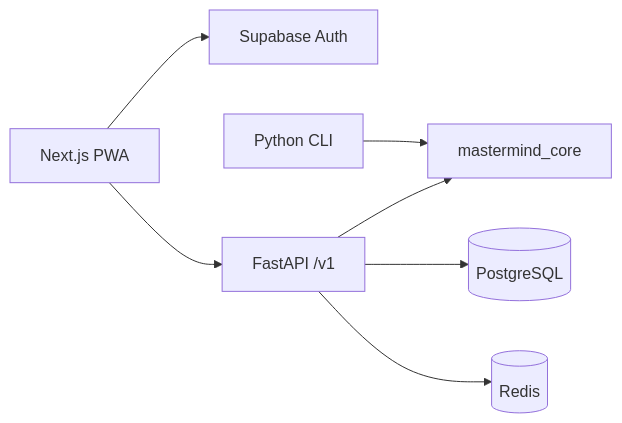
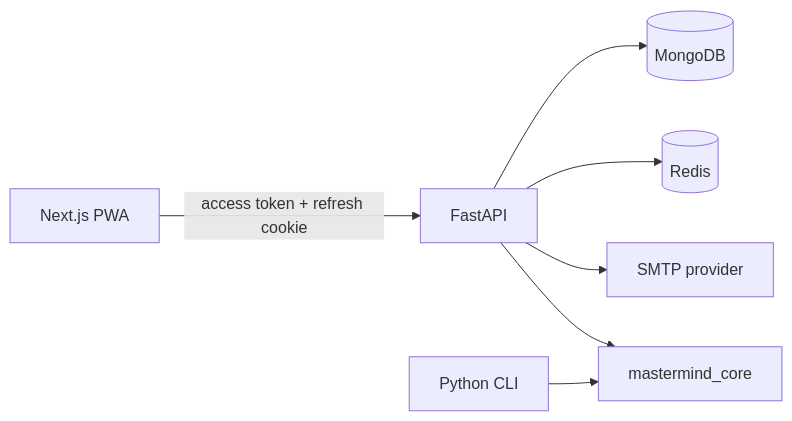
The diagram in README.md (therealcustomtea/ICT-SBA), drawn with Mermaid before and after one commit. The commit also changed other lines of this file and 24 other files, not shown here.

````diff
--- a/README.md
+++ b/README.md
@@ -11,9 +5,9 @@
 ```mermaid
 flowchart LR
-    Browser["Next.js PWA"] --> Auth["Supabase Auth"]
-    Browser --> API["FastAPI /v1"]
-    CLI["Python CLI"] --> Core["mastermind_core"]
-    API --> Core
-    API --> PG[("PostgreSQL")]
-    API --> Redis[("Redis")]
+    Browser[Next.js PWA] -->|access token + refresh cookie| API[FastAPI]
+    API --> Mongo[(MongoDB)]
+    API --> Redis[(Redis)]
+    API --> SMTP[SMTP provider]
+    API --> Core[mastermind_core]
+    CLI[Python CLI] --> Core
 ```
````
